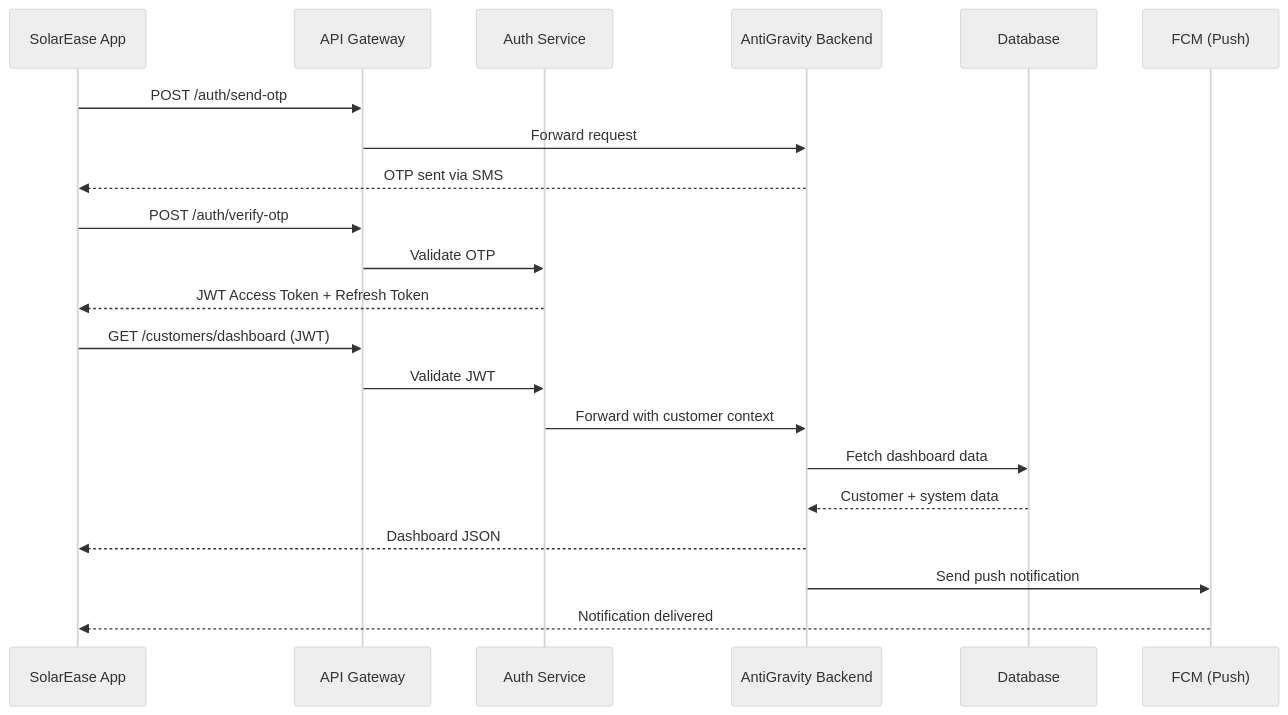
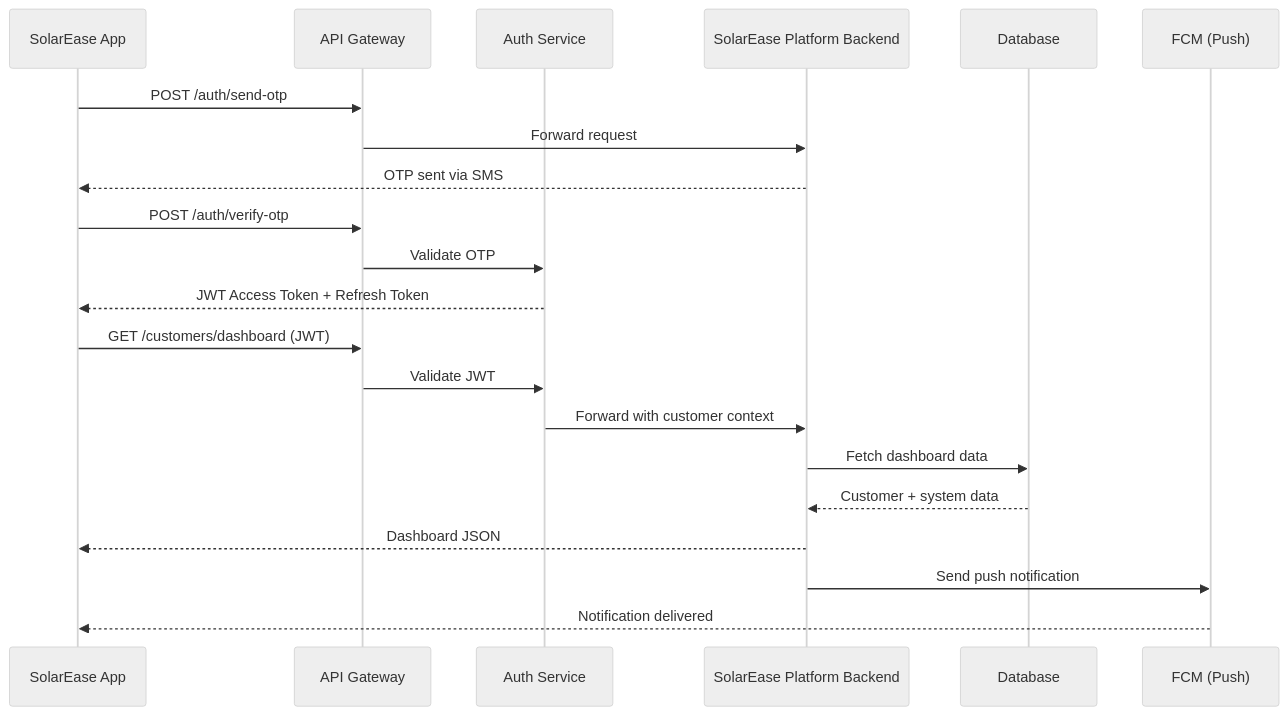
One commit to sanjai0727/SolarEase changed the sixth of 6 diagrams in README.md. Above: the diagram before and after it, drawn with Mermaid (neutral theme). The commit also changed other lines of this file and 198 other files, not shown here.

Commit message:
chore(audit): finalize production readiness, architecture cleanup, and release pipeline

````diff
--- a/README.md
+++ b/README.md
@@ -1058,27 +1058,27 @@
 ```mermaid
 sequenceDiagram
     participant App as SolarEase App
     participant GW as API Gateway
     participant Auth as Auth Service
-    participant BE as AntiGravity Backend
+    participant BE as SolarEase Platform Backend
     participant DB as Database
     participant FCM as FCM (Push)
 
     App->>GW: POST /auth/send-otp
     GW->>BE: Forward request
     BE-->>App: OTP sent via SMS
 
     App->>GW: POST /auth/verify-otp
     GW->>Auth: Validate OTP
     Auth-->>App: JWT Access Token + Refresh Token
 
     App->>GW: GET /customers/dashboard (JWT)
     GW->>Auth: Validate JWT
     Auth->>BE: Forward with customer context
     BE->>DB: Fetch dashboard data
     DB-->>BE: Customer + system data
     BE-->>App: Dashboard JSON
 
     BE->>FCM: Send push notification
     FCM-->>App: Notification delivered
 ```
````
